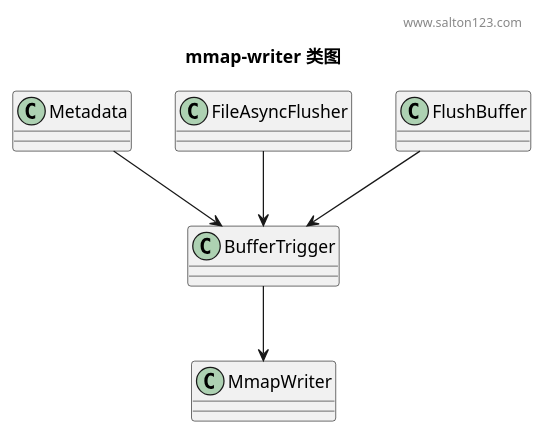
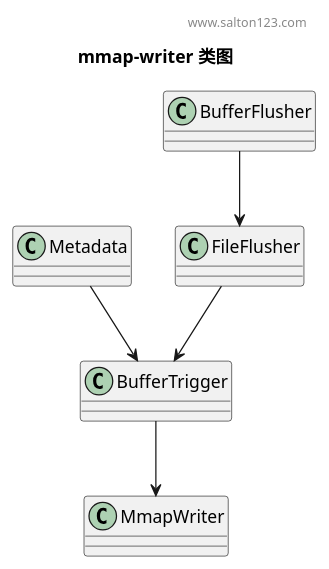
One commit to LiveSalton/xlog changed the diagram in README.MD. Above: the diagram before and after it, drawn with PlantUML. The commit also changed 7 other files, not shown here.

````diff
--- a/README.MD
+++ b/README.MD
@@ -1,31 +1,31 @@
 ```plantuml
 title mmap-writer 类图
 header www.salton123.com
 
 
 class MmapWriter{
 
 }
 
 class Metadata {
 
 }
 
-class FileAsyncFlusher {
+class FileFlusher {
 
 }
 
 class BufferTrigger{
 
 }
 
-class FlushBuffer{
+class BufferFlusher{
 
 }
 
 
 Metadata --> BufferTrigger
-FlushBuffer --> BufferTrigger
 BufferTrigger --> MmapWriter
-FileAsyncFlusher --> BufferTrigger
+FileFlusher --> BufferTrigger
+BufferFlusher --> FileFlusher
 ```
````
